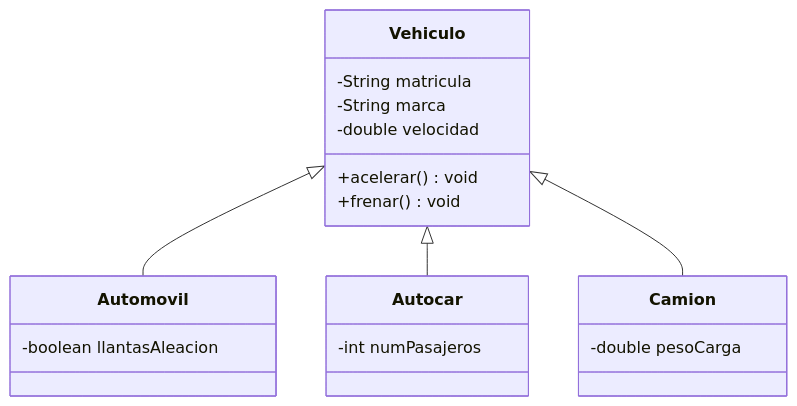
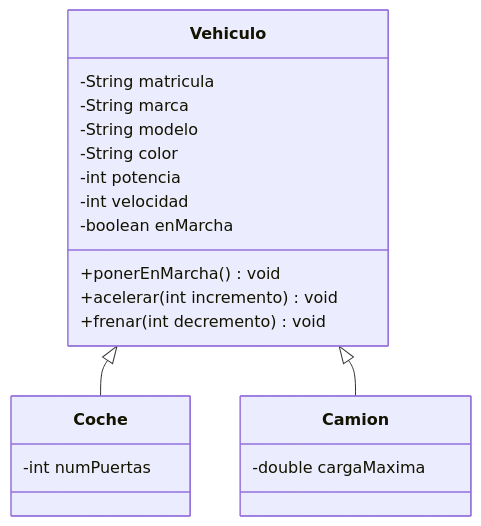
The first of 3 diagrams in docs/capitulos/04-herencia.md (rlrprofe/poo), drawn with Mermaid before and after one commit. The commit also changed other lines of this file and 30 other files, not shown here.

````diff
--- a/docs/capitulos/04-herencia.md
+++ b/docs/capitulos/04-herencia.md
@@ -9,22 +9,23 @@
 ```mermaid
 classDiagram
     class Vehiculo {
         -String matricula
         -String marca
-        -double velocidad
-        +acelerar() void
-        +frenar() void
+        -String modelo
+        -String color
+        -int potencia
+        -int velocidad
+        -boolean enMarcha
+        +ponerEnMarcha() void
+        +acelerar(int incremento) void
+        +frenar(int decremento) void
     }
-    class Automovil {
-        -boolean llantasAleacion
-    }
-    class Autocar {
-        -int numPasajeros
+    class Coche {
+        -int numPuertas
     }
     class Camion {
-        -double pesoCarga
+        -double cargaMaxima
     }
-    Vehiculo <|-- Automovil
-    Vehiculo <|-- Autocar
+    Vehiculo <|-- Coche
     Vehiculo <|-- Camion
 ```
````
